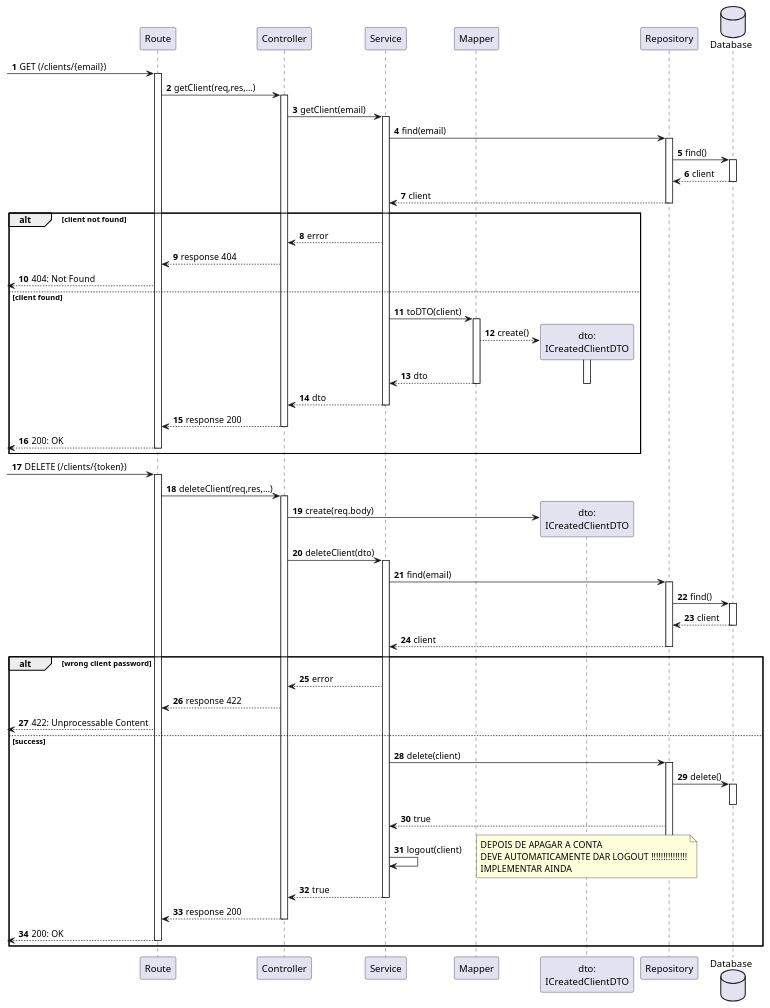
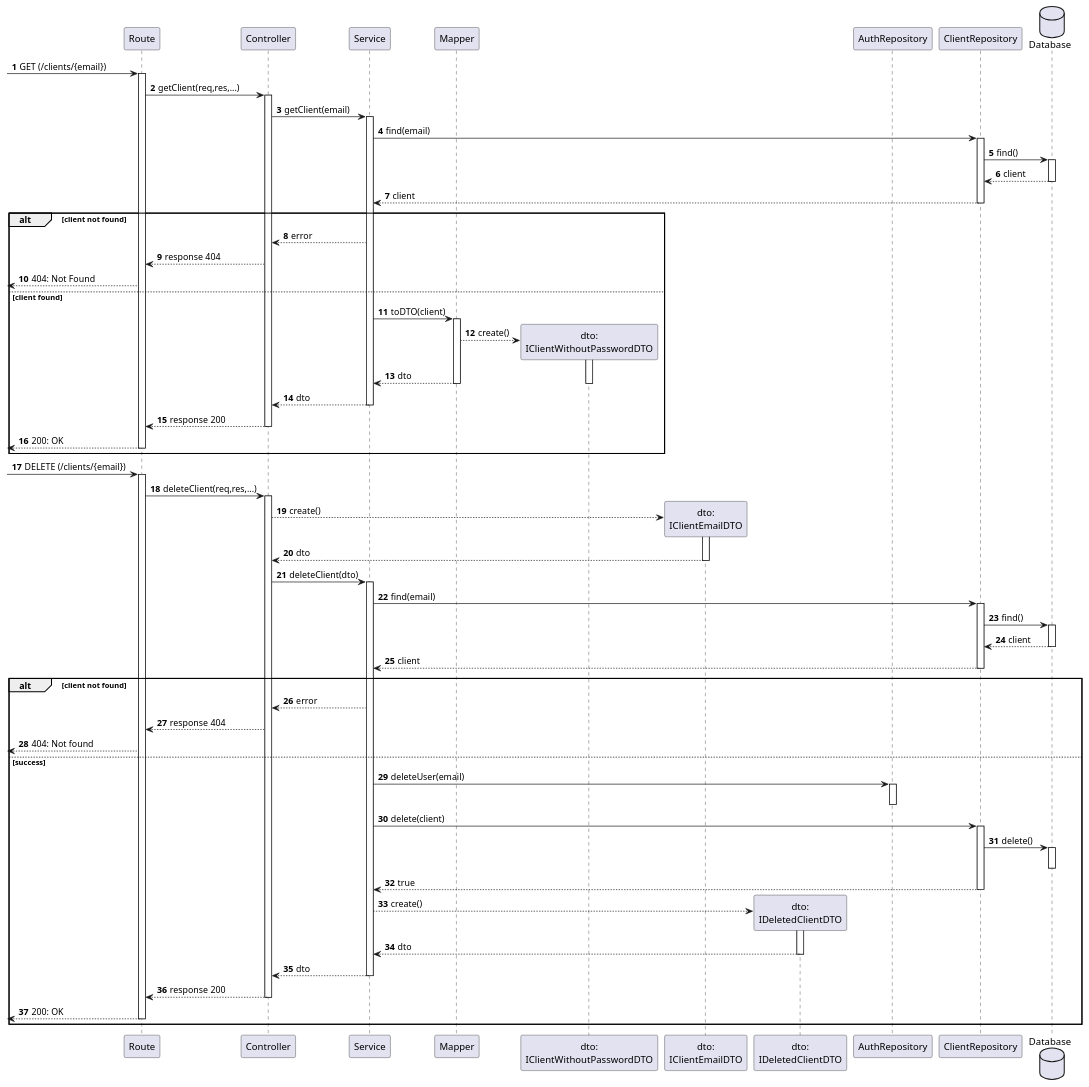
The diagram in docs/us120/level3/process-view-mdr.puml (Departamento-de-Engenharia-Informatica/lapr5-23-24-g19), drawn with PlantUML before and after one commit. The commit also changed 7 other files, not shown here.

```diff
--- a/docs/us120/level3/process-view-mdr.puml
+++ b/docs/us120/level3/process-view-mdr.puml
@@ -1,92 +1,109 @@
 @startuml
 autonumber
 
 
 participant "Route" as r
 participant "Controller" as ctrl
 participant "Service" as svc
 
 participant "Mapper" as map
-participant "dto:\nICreatedClientDTO" as cp_dto
+participant "dto:\nIClientWithoutPasswordDTO" as cp_dto
+participant "dto:\nIClientEmailDTO" as dto
+participant "dto:\nIDeletedClientDTO" as d_dto
 
-participant "Repository" as repo
+participant "AuthRepository" as a_repo
+participant "ClientRepository" as repo
+
 database "Database" as db
 
 [-> r: GET (/clients/{email})
 activate r
     r -> ctrl : getClient(req,res,...)
     activate ctrl
         ctrl -> svc : getClient(email)
         activate svc
             svc -> repo : find(email)
             activate repo
                 repo -> db : find()
                 activate db
                     db --> repo : client
                 deactivate db
                 repo --> svc : client
             deactivate repo
 alt client not found
             svc --> ctrl : error
             ctrl --> r : response 404
             [<--r : 404: Not Found
 else client found
             svc -> map : toDTO(client)
             activate map
                 map --> cp_dto **: create()
                 activate cp_dto
                     map --> svc : dto
                 deactivate cp_dto
             deactivate map
             svc --> ctrl : dto
         deactivate svc
         ctrl --> r : response 200
     deactivate ctrl
     [<--r: 200: OK
 deactivate r
 end
 
-[-> r: DELETE (/clients/{token})
+[-> r: DELETE (/clients/{email})
 activate r
     r -> ctrl : deleteClient(req,res,...)
     activate ctrl
-        ctrl -> cp_dto** : create(req.body)
+        ctrl --> dto** : create()
+
+        activate dto
+        dto --> ctrl : dto
+        deactivate dto
 
         ctrl -> svc : deleteClient(dto)
         activate svc
             svc -> repo : find(email)
             activate repo
                 repo -> db : find()
                 activate db
                     db --> repo : client
                 deactivate db
                 repo --> svc : client
             deactivate repo
-alt wrong client password
+alt client not found
                 svc --> ctrl : error
-                ctrl --> r : response 422
-                [<--r : 422: Unprocessable Content
+                ctrl --> r : response 404
+                [<--r : 404: Not found
 else success
+
+            svc -> a_repo: deleteUser(email)
+            activate a_repo
+            deactivate a_repo
+
             svc -> repo : delete(client)
             activate repo
                 repo -> db : delete()
                 activate db
+
                 deactivate db
-
                 repo --> svc : true
 
-                svc -> svc : logout(client)
-                note right : DEPOIS DE APAGAR A CONTA \nDEVE AUTOMATICAMENTE DAR LOGOUT !!!!!!!!!!!!!!!\nIMPLEMENTAR AINDA
-                deactivate repo
+            deactivate repo
+
+            svc --> d_dto** : create()
+
+            activate d_dto
+                d_dto --> svc : dto
+            deactivate d_dto
 
 
-            svc --> ctrl : true
+            svc --> ctrl : dto
         deactivate svc
         ctrl --> r : response 200
     deactivate ctrl
     [<--r: 200: OK
 deactivate r
 end
 
 
 @enduml
```
